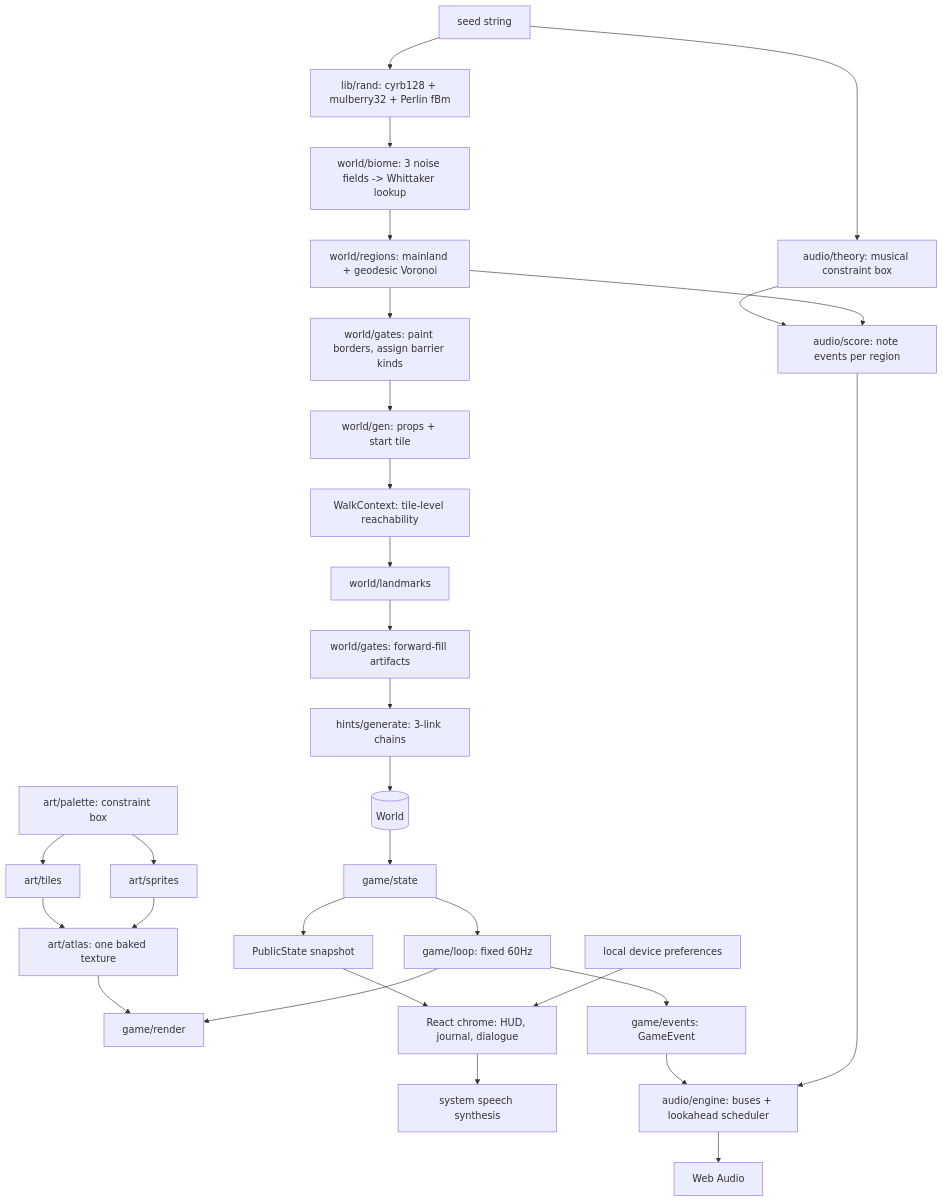
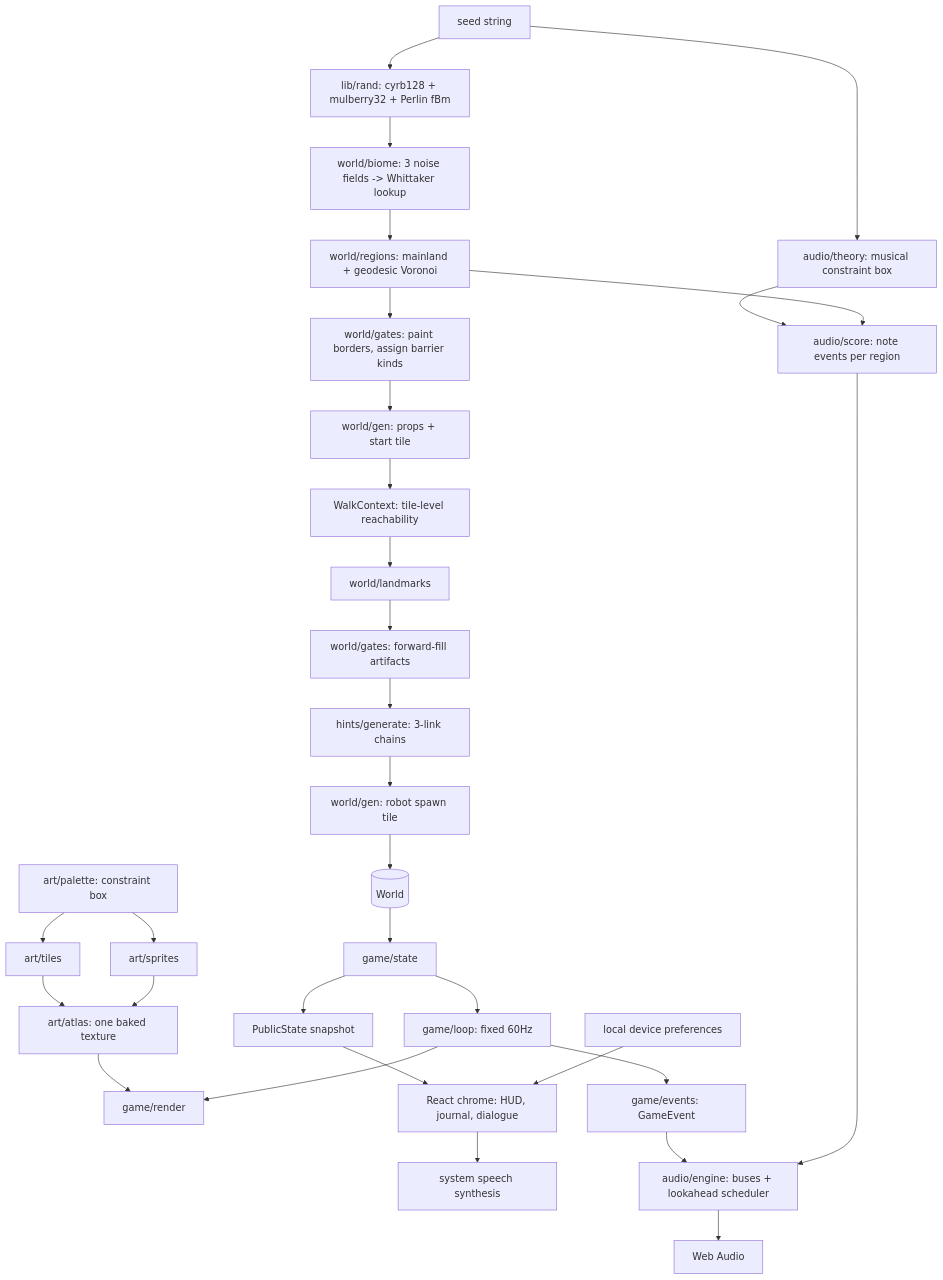
Before and after one commit to erichstauffer/open-range: the diagram in architecture.md, drawn with Mermaid. The commit also changed other lines of this file and 1 other file, not shown here.

First line of the commit message:
Finish the docs the robot left behind

````diff
--- a/architecture.md
+++ b/architecture.md
@@ -21,35 +22,36 @@
 ```mermaid
 flowchart TB
     SEED[seed string] --> RAND[lib/rand: cyrb128 + mulberry32 + Perlin fBm]
     RAND --> TERRAIN[world/biome: 3 noise fields -> Whittaker lookup]
     TERRAIN --> REGIONS[world/regions: mainland + geodesic Voronoi]
     REGIONS --> GATES[world/gates: paint borders, assign barrier kinds]
     GATES --> PROPS[world/gen: props + start tile]
     PROPS --> WALK[WalkContext: tile-level reachability]
     WALK --> LANDMARKS[world/landmarks]
     LANDMARKS --> FILL[world/gates: forward-fill artifacts]
     FILL --> HINTS[hints/generate: 3-link chains]
-    HINTS --> WORLD[(World)]
+    HINTS --> ROBOTSPAWN[world/gen: robot spawn tile]
+    ROBOTSPAWN --> WORLD[(World)]
 
     PALETTE[art/palette: constraint box] --> TILES[art/tiles]
     PALETTE --> SPRITES[art/sprites]
     TILES --> ATLAS[art/atlas: one baked texture]
     SPRITES --> ATLAS
 
     WORLD --> STATE[game/state]
     ATLAS --> RENDER[game/render]
     STATE --> LOOP[game/loop: fixed 60Hz]
     LOOP --> RENDER
     STATE --> SNAP[PublicState snapshot]
     SNAP --> REACT[React chrome: HUD, journal, dialogue]
     PREFS[local device preferences] --> REACT
     REACT --> SPEECH[system speech synthesis]
 
     SEED --> THEORY[audio/theory: musical constraint box]
     THEORY --> SCORE[audio/score: note events per region]
     REGIONS --> SCORE
     LOOP --> EVENTS[game/events: GameEvent]
     EVENTS --> ENGINE[audio/engine: buses + lookahead scheduler]
     SCORE --> ENGINE
     ENGINE --> WEBAUDIO[Web Audio]
 ```
````
